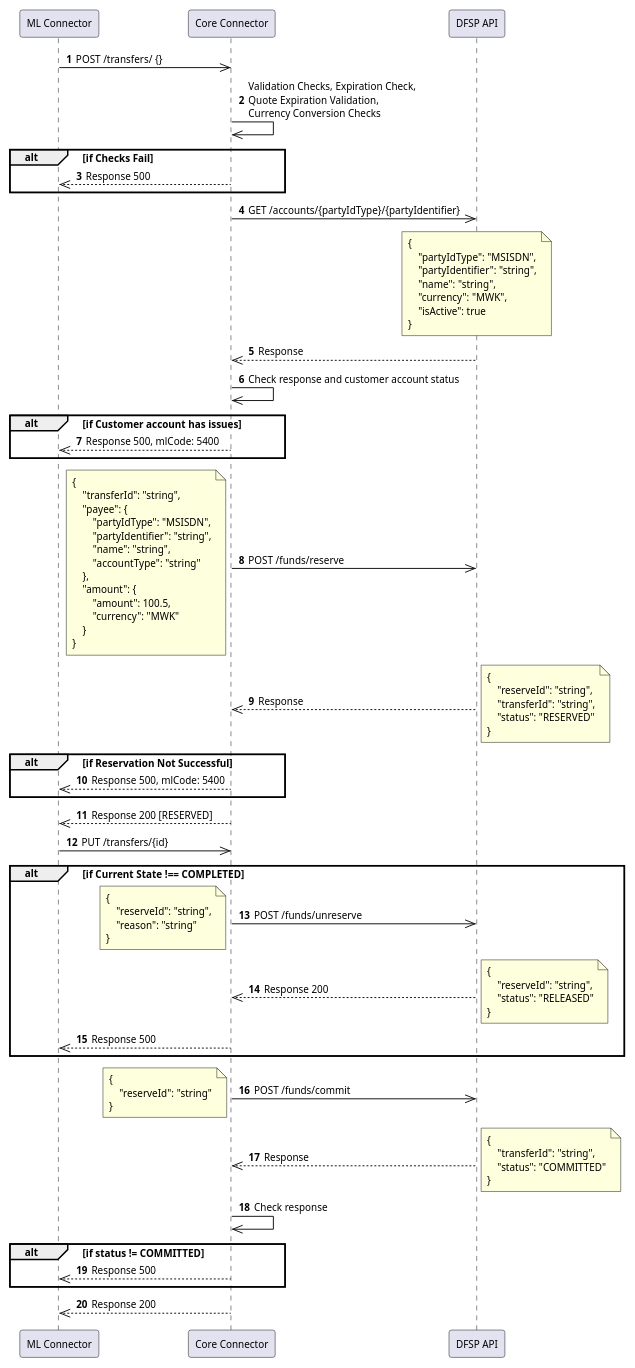
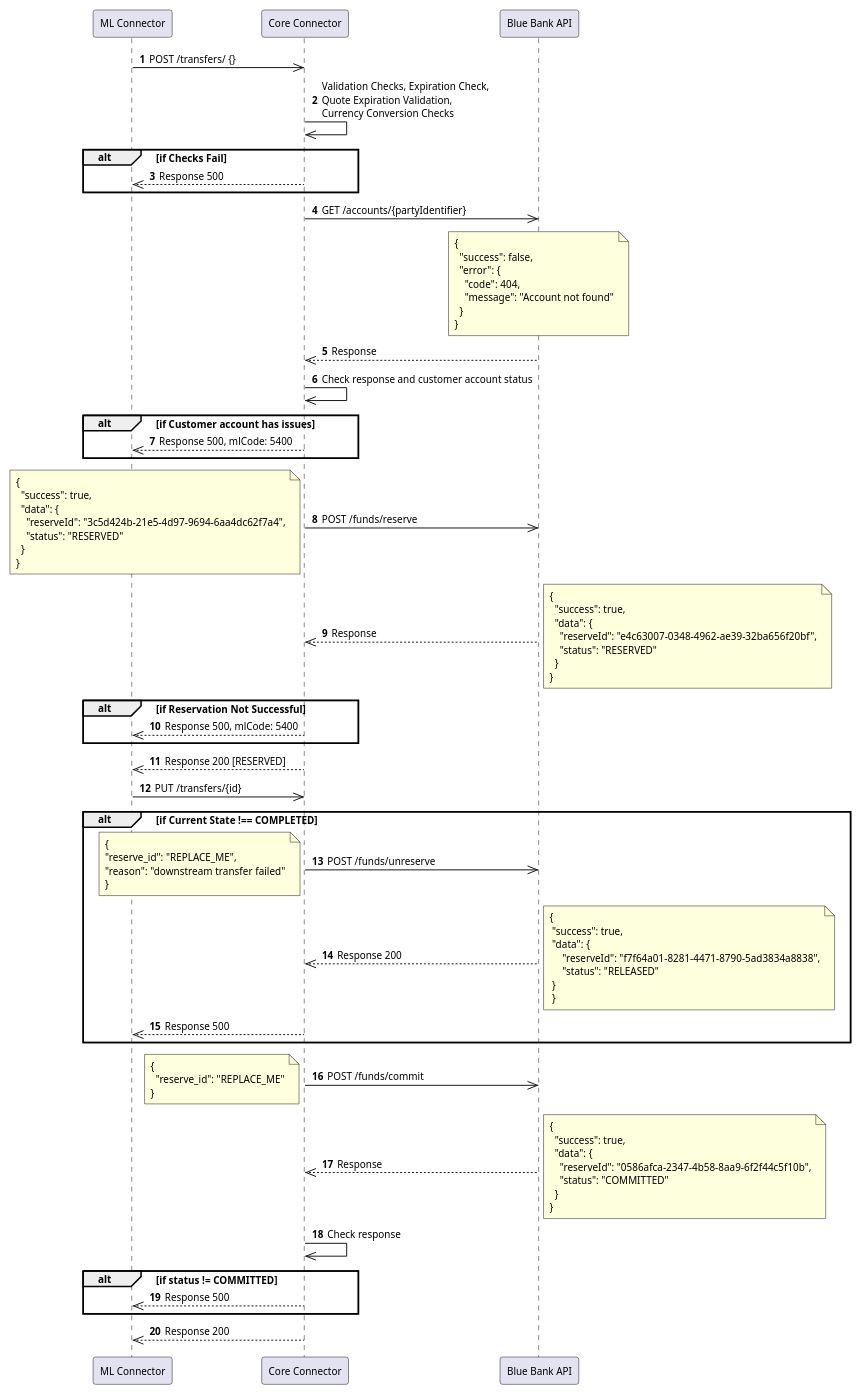
The diagram in docs/payee/payee-receive-transfer.puml (wababaDev/blue-bank-ml-connector), drawn with PlantUML before and after one commit. The commit also changed 6 other files, not shown here.

```diff
--- a/docs/payee/payee-receive-transfer.puml
+++ b/docs/payee/payee-receive-transfer.puml
@@ -1,118 +1,120 @@
 @startuml name="ml-transfer-reservation-commit"
 
 skinparam defaultFontSize 10
 autonumber
 
 participant "ML Connector" as ML
 participant "Core Connector" as CC
-participant "DFSP API" as SBAPI
+participant "Blue Bank API" as SBAPI
 
 ML ->> CC: POST /transfers/ {}
 
 CC ->> CC: Validation Checks, Expiration Check,\nQuote Expiration Validation,\nCurrency Conversion Checks
 
 alt if Checks Fail
     CC -->> ML: Response 500
 end
 
-CC ->> SBAPI: GET /accounts/{partyIdType}/{partyIdentifier}
+CC ->> SBAPI: GET /accounts/{partyIdentifier}
 
 note over SBAPI
 {
-    "partyIdType": "MSISDN",
-    "partyIdentifier": "string",
-    "name": "string",
-    "currency": "MWK",
-    "isActive": true
+  "success": false,
+  "error": {
+    "code": 404,
+    "message": "Account not found"
+  }
 }
 end note
 SBAPI -->> CC: Response
 
 CC ->> CC: Check response and customer account status
 
 alt if Customer account has issues
     CC -->> ML: Response 500, mlCode: 5400
 end
 
 
 CC ->> SBAPI: POST /funds/reserve
 note left
 {
-    "transferId": "string",
-    "payee": {
-        "partyIdType": "MSISDN",
-        "partyIdentifier": "string",
-        "name": "string",
-        "accountType": "string"
-    },
-    "amount": {
-        "amount": 100.5,
-        "currency": "MWK"
-    }
+  "success": true,
+  "data": {
+    "reserveId": "3c5d424b-21e5-4d97-9694-6aa4dc62f7a4",
+    "status": "RESERVED"
+  }
 }
 end note
 
 
 SBAPI -->> CC: Response
 note right
 {
-    "reserveId": "string",
-    "transferId": "string",
+  "success": true,
+  "data": {
+    "reserveId": "e4c63007-0348-4962-ae39-32ba656f20bf",
     "status": "RESERVED"
+  }
 }
 end note
 
 alt if Reservation Not Successful
     CC -->> ML: Response 500, mlCode: 5400
 end
 
 CC -->> ML: Response 200 [RESERVED]
 
 ML ->> CC: PUT /transfers/{id}
 
 
 alt if Current State !== COMPLETED
    
     CC ->> SBAPI: POST /funds/unreserve
     note left
-    {
-        "reserveId": "string",
-        "reason": "string"
-    }
+        {
+        "reserve_id": "REPLACE_ME",
+        "reason": "downstream transfer failed"
+        }
     end note
 
     
     SBAPI -->> CC: Response 200
     note right
-    {
-        "reserveId": "string",
+   {
+    "success": true,
+    "data": {
+        "reserveId": "f7f64a01-8281-4471-8790-5ad3834a8838",
         "status": "RELEASED"
+    }
     }
     end note
     CC -->> ML: Response 500
 end
 
 
 CC ->> SBAPI: POST /funds/commit
 note left
 {
-    "reserveId": "string"
+  "reserve_id": "REPLACE_ME"
 }
 end note
 
 SBAPI -->> CC: Response
 note right
 {
-    "transferId": "string",
+  "success": true,
+  "data": {
+    "reserveId": "0586afca-2347-4b58-8aa9-6f2f44c5f10b",
     "status": "COMMITTED"
+  }
 }
 end note
 
 CC ->> CC: Check response
 
 alt if status != COMMITTED
     CC -->> ML: Response 500
 end
 
 CC -->> ML: Response 200
 @enduml
```
